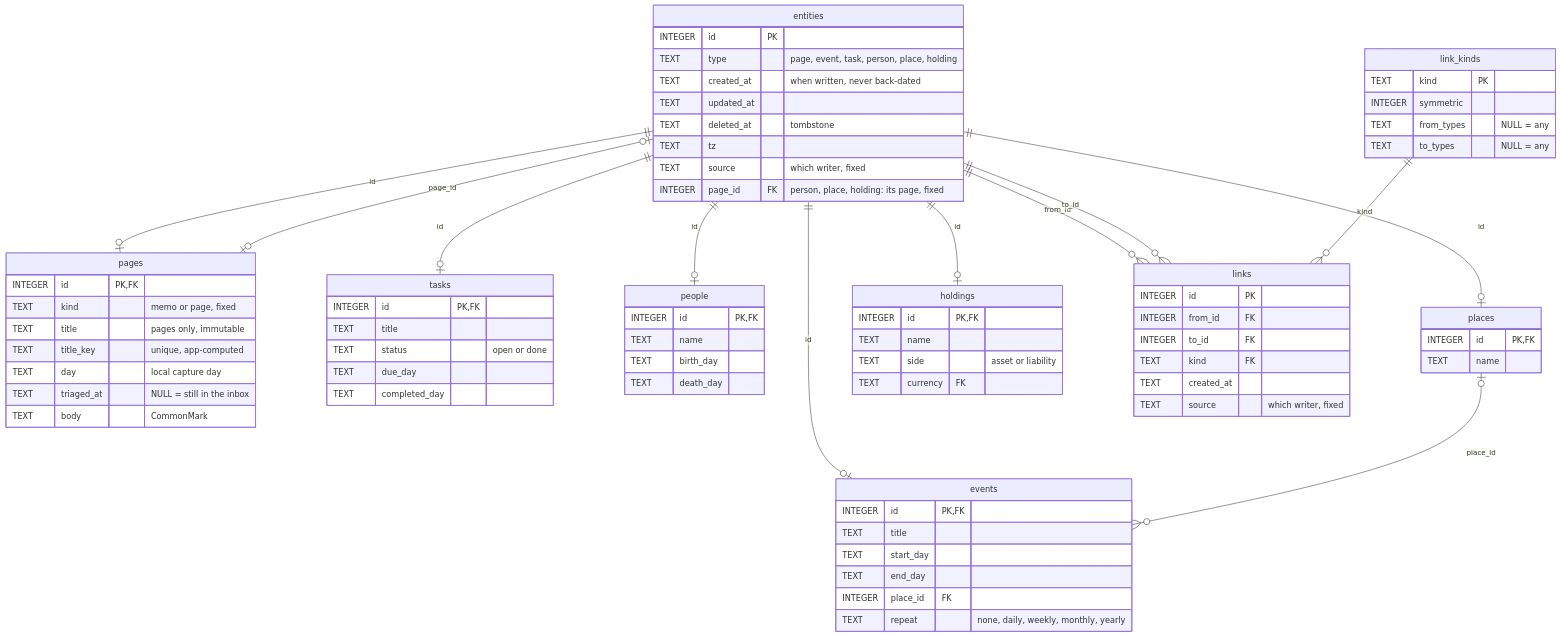
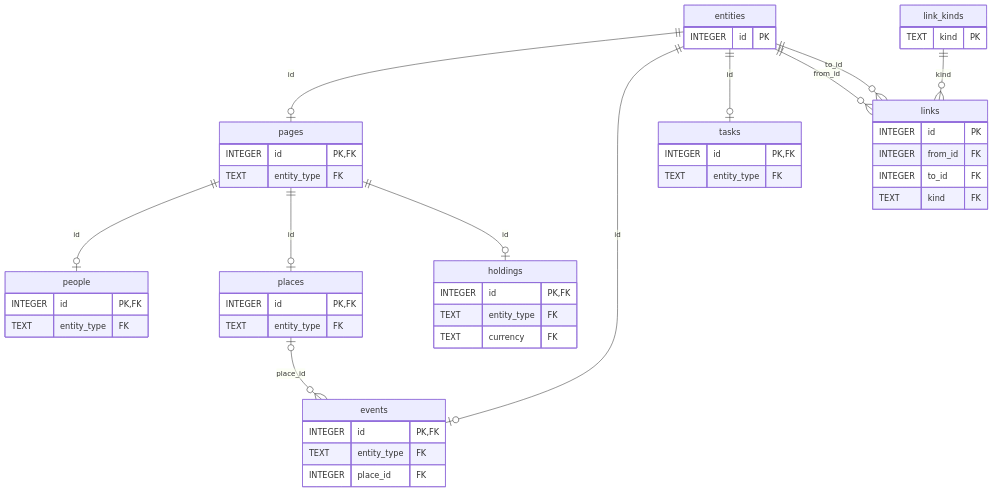
The fourth of 9 diagrams in SCHEMA.md (alexradunet/lifelogdb), drawn with Mermaid before and after one commit. The commit also changed other lines of this file and 49 other files, not shown here.

````diff
--- a/SCHEMA.md
+++ b/SCHEMA.md
@@ -1205,80 +1023,53 @@
 ```mermaid
 %% diagram: er-core
 erDiagram
     entities ||--o| pages    : "id"
     entities ||--o| events   : "id"
     entities ||--o| tasks    : "id"
-    entities ||--o| people   : "id"
-    entities ||--o| places   : "id"
-    entities ||--o| holdings : "id"
+    pages    ||--o| people   : "id"
+    pages    ||--o| places   : "id"
+    pages    ||--o| holdings : "id"
     places   |o--o{ events   : "place_id"
-    pages    |o--o| entities : "page_id"
     entities ||--o{ links    : "from_id"
     entities ||--o{ links    : "to_id"
     link_kinds ||--o{ links  : "kind"
 
     entities {
         INTEGER id PK
-        TEXT type "page, event, task, person, place, holding"
-        TEXT created_at "when written, never back-dated"
-        TEXT updated_at
-        TEXT deleted_at "tombstone"
-        TEXT tz
-        TEXT source "which writer, fixed"
-        INTEGER page_id FK "person, place, holding: its page, fixed"
     }
     pages {
         INTEGER id PK, FK
-        TEXT kind "memo or page, fixed"
-        TEXT title "pages only, immutable"
-        TEXT title_key "unique, app-computed"
-        TEXT day "local capture day"
-        TEXT triaged_at "NULL = still in the inbox"
-        TEXT body "CommonMark"
+        TEXT entity_type FK
     }
     events {
         INTEGER id PK, FK
-        TEXT title
-        TEXT start_day
-        TEXT end_day
+        TEXT entity_type FK
         INTEGER place_id FK
-        TEXT repeat "none, daily, weekly, monthly, yearly"
     }
     tasks {
         INTEGER id PK, FK
-        TEXT title
-        TEXT status "open or done"
-        TEXT due_day
-        TEXT completed_day
+        TEXT entity_type FK
     }
     people {
         INTEGER id PK, FK
-        TEXT name
-        TEXT birth_day
-        TEXT death_day
+        TEXT entity_type FK
     }
     places {
         INTEGER id PK, FK
-        TEXT name
+        TEXT entity_type FK
     }
     holdings {
         INTEGER id PK, FK
-        TEXT name
-        TEXT side "asset or liability"
+        TEXT entity_type FK
         TEXT currency FK
     }
     links {
         INTEGER id PK
         INTEGER from_id FK
         INTEGER to_id FK
         TEXT kind FK
-        TEXT created_at
-        TEXT source "which writer, fixed"
     }
     link_kinds {
         TEXT kind PK
-        INTEGER symmetric
-        TEXT from_types "NULL = any"
-        TEXT to_types "NULL = any"
     }
 ```
````
